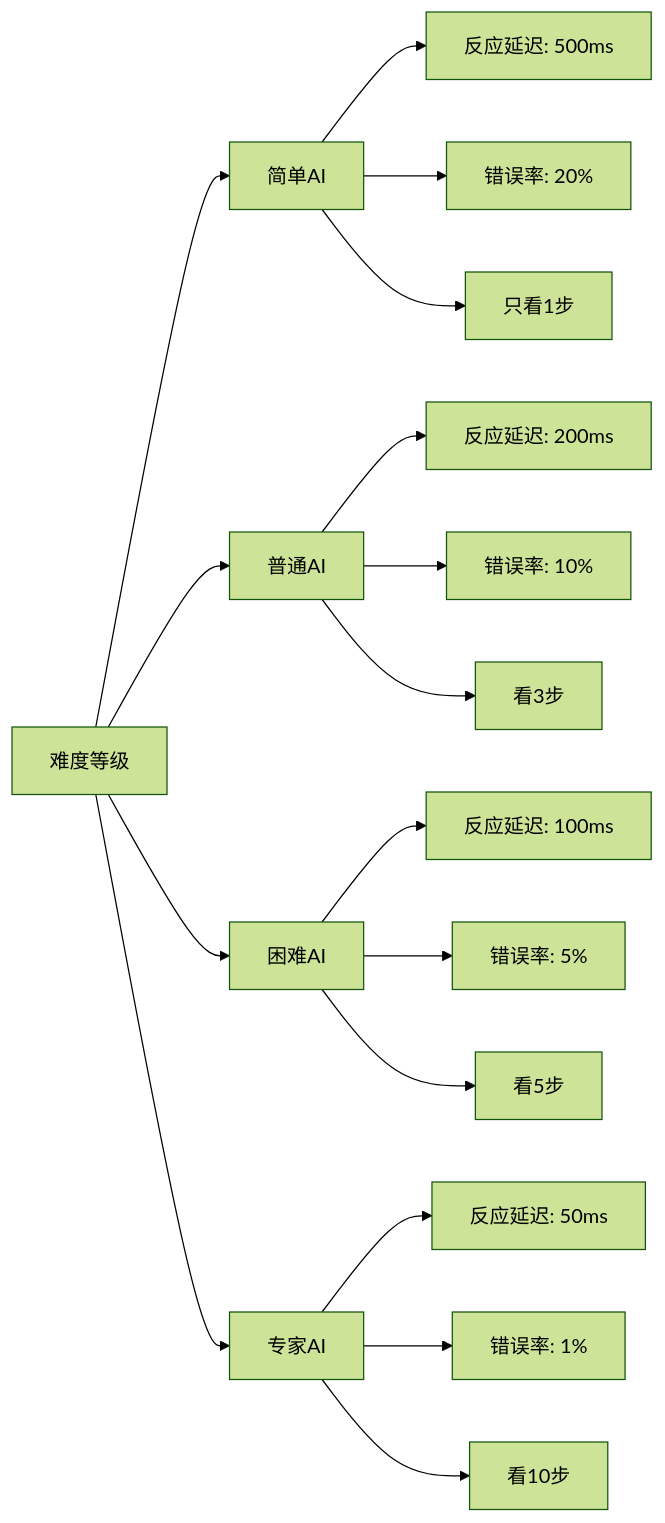
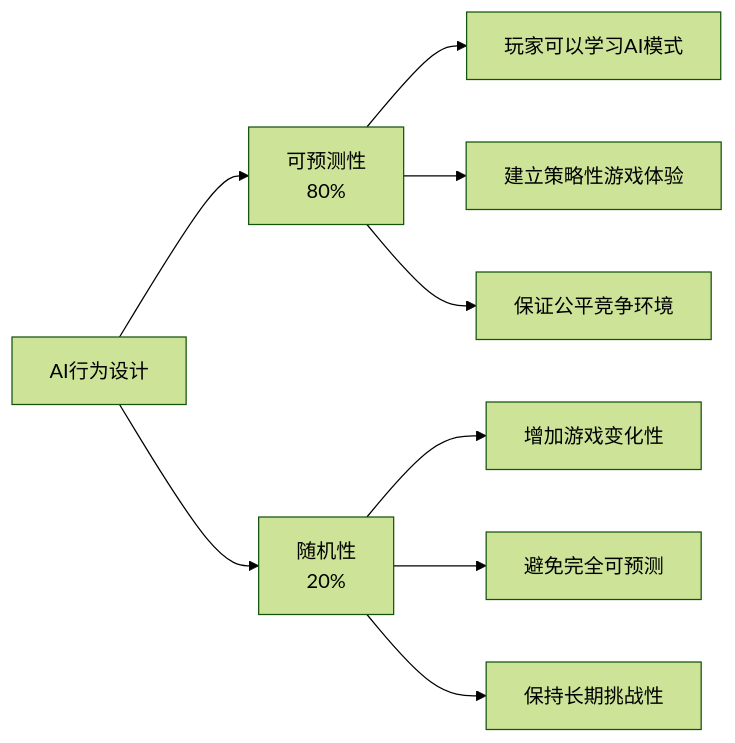
The eighth of 10 diagrams in 课时3-游戏AI与智能化/README.md (youjing-mz/snake), drawn with Mermaid (forest theme) before and after one commit. The commit also changed other lines of this file and 8 other files, not shown here.

````diff
--- a/课时3-游戏AI与智能化/README.md
+++ b/课时3-游戏AI与智能化/README.md
@@ -165,23 +182,13 @@
 ```mermaid
 graph LR
-    A[难度等级] --> B[简单AI]
-    A --> C[普通AI]
-    A --> D[困难AI]
-    A --> E[专家AI]
+    A[AI行为设计] --> B[可预测性<br/>80%]
+    A --> C[随机性<br/>20%]
     
-    B --> B1[反应延迟: 500ms]
-    B --> B2[错误率: 20%]
-    B --> B3[只看1步]
+    B --> B1[玩家可以学习AI模式]
+    B --> B2[建立策略性游戏体验]
+    B --> B3[保证公平竞争环境]
     
-    C --> C1[反应延迟: 200ms]
-    C --> C2[错误率: 10%]
-    C --> C3[看3步]
-    
-    D --> D1[反应延迟: 100ms]
-    D --> D2[错误率: 5%]
-    D --> D3[看5步]
-    
-    E --> E1[反应延迟: 50ms]
-    E --> E2[错误率: 1%]
-    E --> E3[看10步]
+    C --> C1[增加游戏变化性]
+    C --> C2[避免完全可预测]
+    C --> C3[保持长期挑战性]
 ```
````
